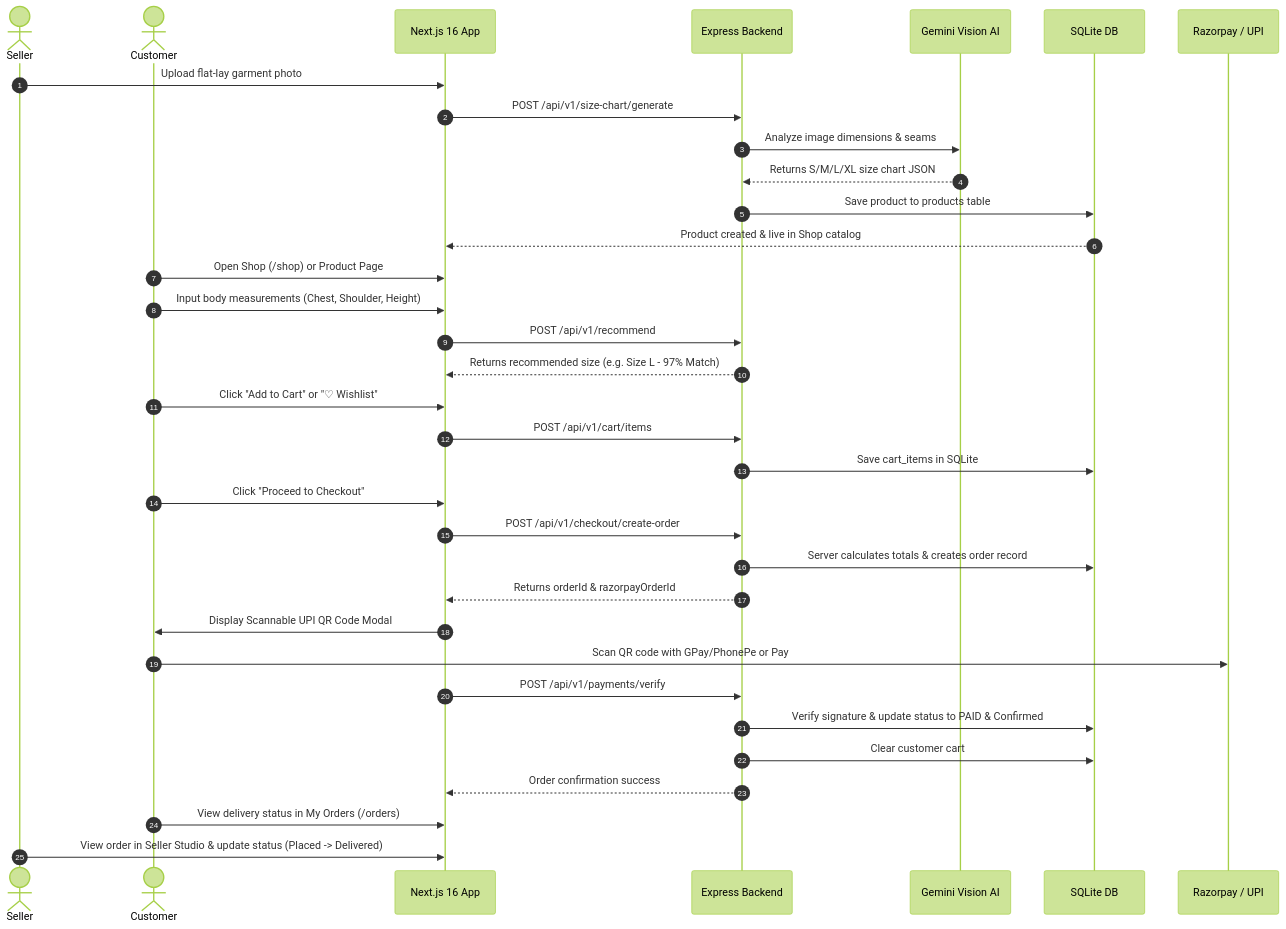
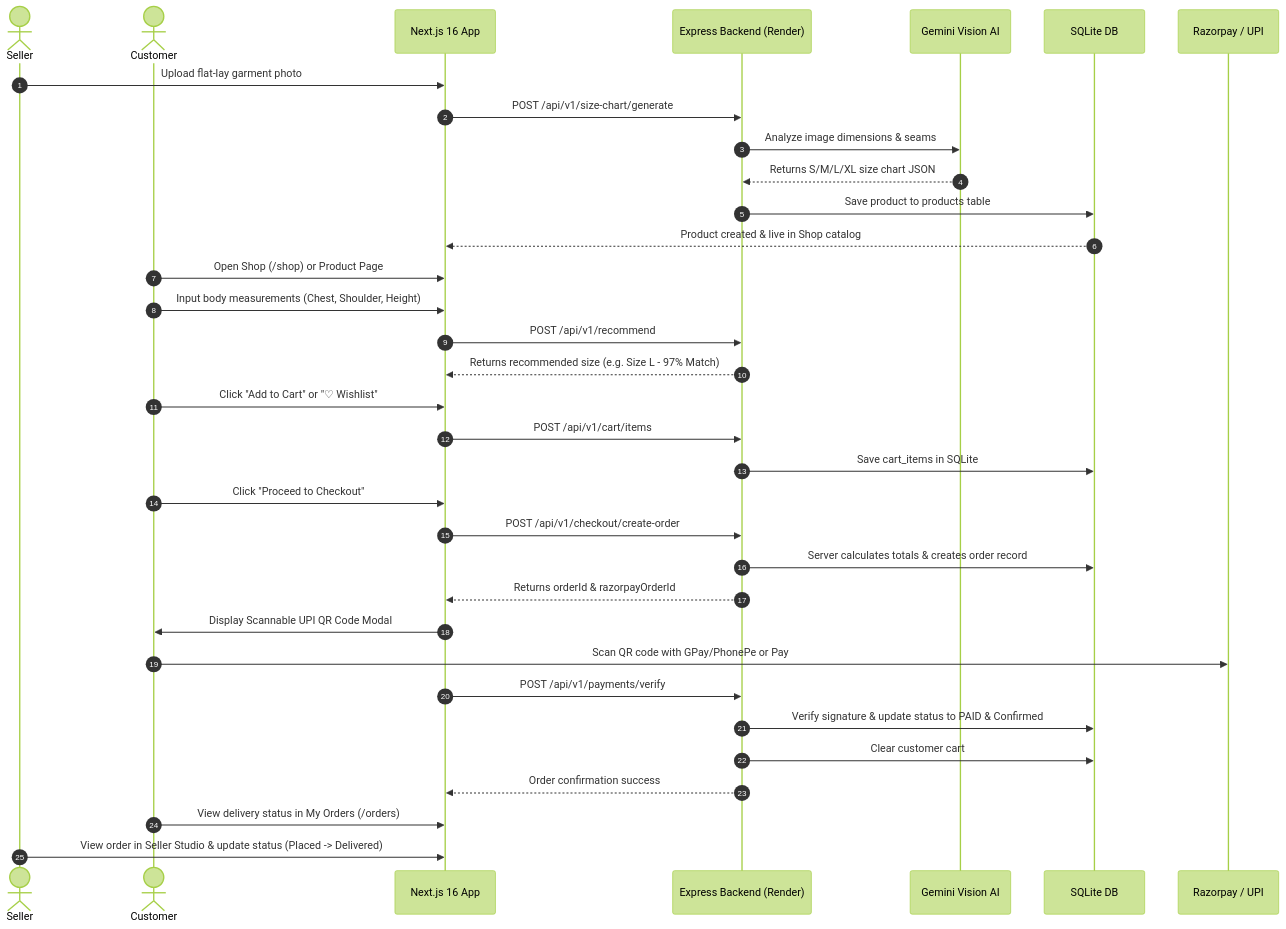
One commit to Shanmukhavijay999/FitGenius-AI-dynamic changed the second of 3 diagrams in README.md. Above: the diagram before and after it, drawn with Mermaid (forest theme). The commit also changed other lines of this file and 1 other file, not shown here.

Commit message:
feat: Add render.yaml Blueprint and Render 1-click deployment guide

````diff
--- a/README.md
+++ b/README.md
@@ -80,42 +108,42 @@
 ```mermaid
 sequenceDiagram
     autonumber
     actor Seller
     actor Customer
     participant Frontend as Next.js 16 App
-    participant Express as Express Backend
+    participant Express as Express Backend (Render)
     participant Gemini as Gemini Vision AI
     participant DB as SQLite DB
     participant Razorpay as Razorpay / UPI
 
     Seller->>Frontend: Upload flat-lay garment photo
     Frontend->>Express: POST /api/v1/size-chart/generate
     Express->>Gemini: Analyze image dimensions & seams
     Gemini-->>Express: Returns S/M/L/XL size chart JSON
     Express->>DB: Save product to products table
     DB-->>Frontend: Product created & live in Shop catalog
 
     Customer->>Frontend: Open Shop (/shop) or Product Page
     Customer->>Frontend: Input body measurements (Chest, Shoulder, Height)
     Frontend->>Express: POST /api/v1/recommend
     Express-->>Frontend: Returns recommended size (e.g. Size L - 97% Match)
 
     Customer->>Frontend: Click "Add to Cart" or "♡ Wishlist"
     Frontend->>Express: POST /api/v1/cart/items
     Express->>DB: Save cart_items in SQLite
 
     Customer->>Frontend: Click "Proceed to Checkout"
     Frontend->>Express: POST /api/v1/checkout/create-order
     Express->>DB: Server calculates totals & creates order record
     Express-->>Frontend: Returns orderId & razorpayOrderId
 
     Frontend->>Customer: Display Scannable UPI QR Code Modal
     Customer->>Razorpay: Scan QR code with GPay/PhonePe or Pay
     Frontend->>Express: POST /api/v1/payments/verify
     Express->>DB: Verify signature & update status to PAID & Confirmed
     Express->>DB: Clear customer cart
     Express-->>Frontend: Order confirmation success
 
     Customer->>Frontend: View delivery status in My Orders (/orders)
     Seller->>Frontend: View order in Seller Studio & update status (Placed -> Delivered)
 ```
````
